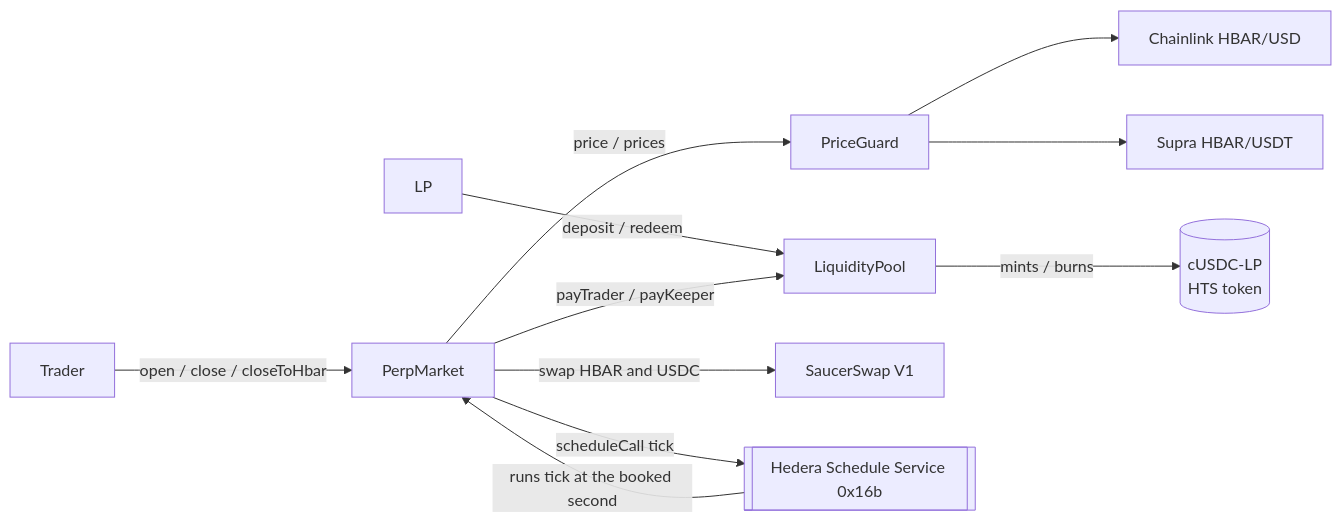
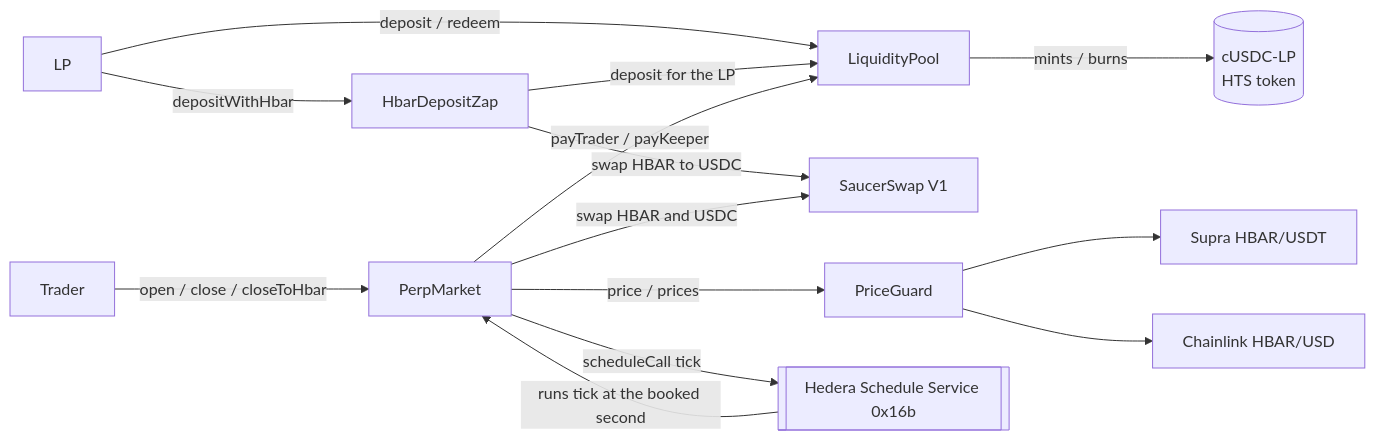
The first of 2 diagrams in README.md (victorjayeoba/scaffold-hbar-custos), drawn with Mermaid before and after one commit. The commit also changed other lines of this file and 3 other files, not shown here.

````diff
--- a/README.md
+++ b/README.md
@@ -94,13 +152,16 @@
 ```mermaid
 flowchart LR
   T[Trader] -- open / close / closeToHbar --> M[PerpMarket]
   L[LP] -- deposit / redeem --> P[LiquidityPool]
+  L -- depositWithHbar --> Z[HbarDepositZap]
+  Z -- swap HBAR to USDC --> R
+  Z -- deposit for the LP --> P
   P -- mints / burns --> S[(cUSDC-LP<br/>HTS token)]
   M -- price / prices --> G[PriceGuard]
   G --> C[Chainlink HBAR/USD]
   G --> U[Supra HBAR/USDT]
   M -- payTrader / payKeeper --> P
   M -- swap HBAR and USDC --> R[SaucerSwap V1]
   M -- scheduleCall tick --> H[[Hedera Schedule Service 0x16b]]
   H -- runs tick at the booked second --> M
 ```
````
